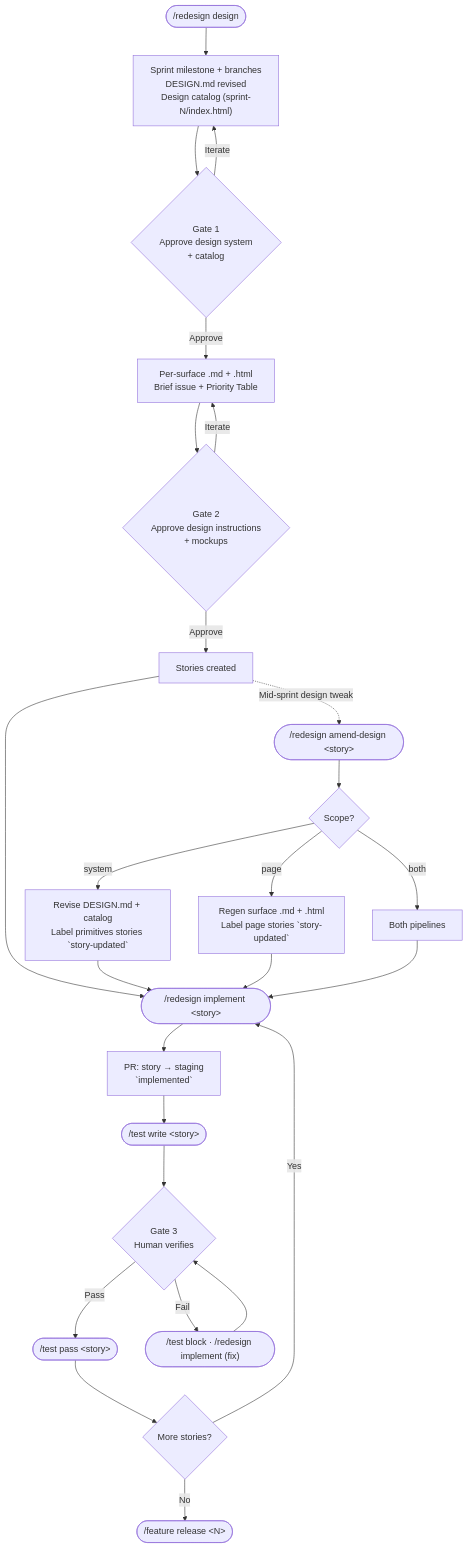
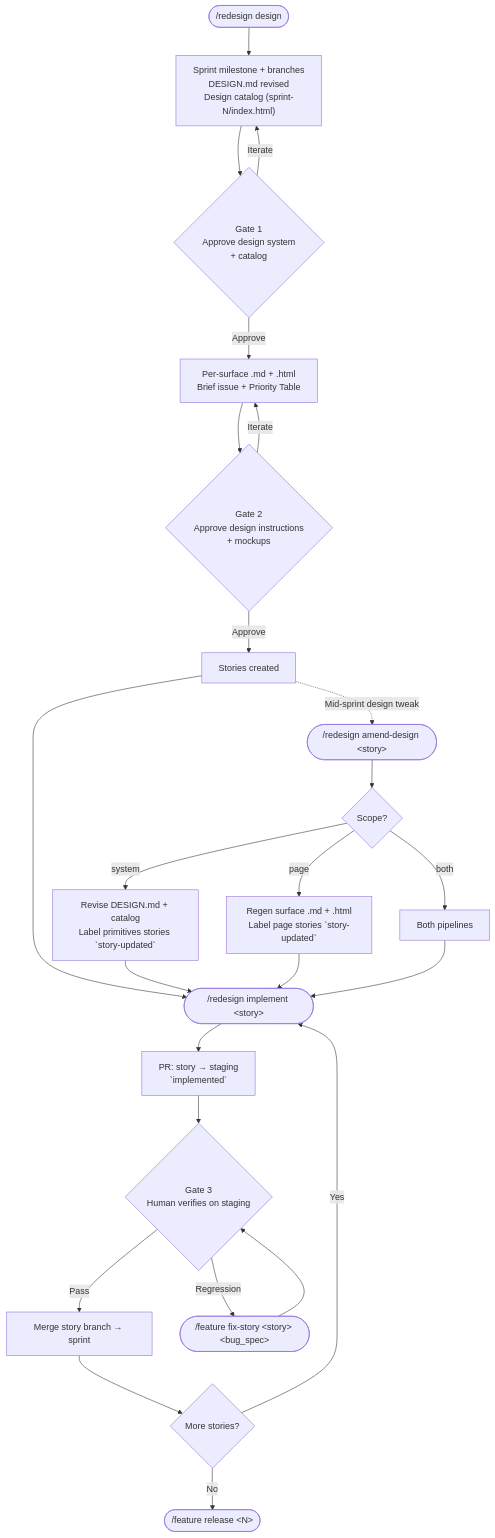
Before and after one commit to simpscal/notism: the sixth of 7 diagrams in README.md, drawn with Mermaid. The commit also changed other lines of this file and 18 other files, not shown here.

````diff
--- a/README.md
+++ b/README.md
@@ -295,26 +271,25 @@
 ```mermaid
 flowchart TD
     A(["/redesign design"]) --> B["Sprint milestone + branches\nDESIGN.md revised\nDesign catalog (sprint-N/index.html)"]
     B --> G1{Gate 1\nApprove design system\n+ catalog}
     G1 -->|Iterate| B
     G1 -->|Approve| C["Per-surface .md + .html\nBrief issue + Priority Table"]
     C --> G2{Gate 2\nApprove design instructions\n+ mockups}
     G2 -->|Iterate| C
     G2 -->|Approve| D["Stories created"]
     D --> H(["/redesign implement &lt;story&gt;"])
     H --> I["PR: story → staging\n`implemented`"]
-    I --> QA(["/test write &lt;story&gt;"])
-    QA --> G3{Gate 3\nHuman verifies}
-    G3 -->|Pass| QP(["/test pass &lt;story&gt;"])
-    QP --> MORE{More stories?}
+    I --> G3{Gate 3\nHuman verifies on staging}
+    G3 -->|Pass| QP2["Merge story branch → sprint"]
+    QP2 --> MORE{More stories?}
     MORE -->|Yes| H
     MORE -->|No| REL(["/feature release &lt;N&gt;"])
-    G3 -->|Fail| QB(["/test block · /redesign implement (fix)"])
-    QB --> G3
+    G3 -->|Regression| FIX(["/feature fix-story &lt;story&gt; &lt;bug_spec&gt;"])
+    FIX --> G3
     D -.->|Mid-sprint design tweak| AM(["/redesign amend-design &lt;story&gt;"])
     AM --> AMC{Scope?}
     AMC -->|system| AMS["Revise DESIGN.md + catalog\nLabel primitives stories `story-updated`"]
     AMC -->|page| AMP["Regen surface .md + .html\nLabel page stories `story-updated`"]
     AMC -->|both| AMB["Both pipelines"]
     AMS & AMP & AMB --> H
 ```
````
